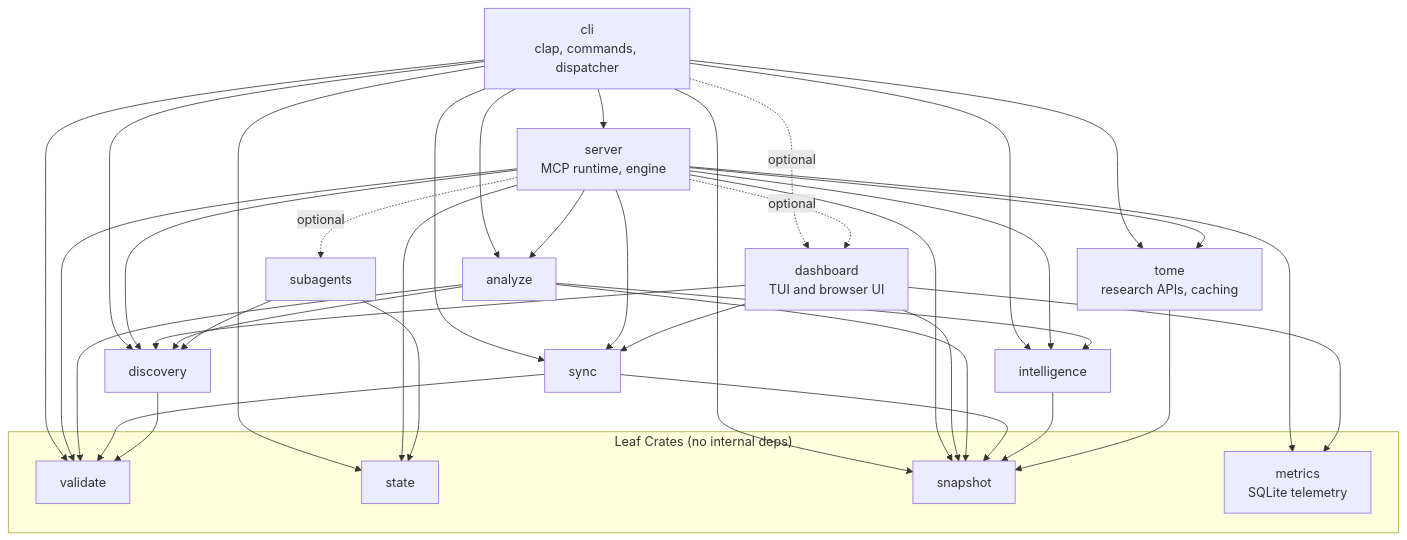
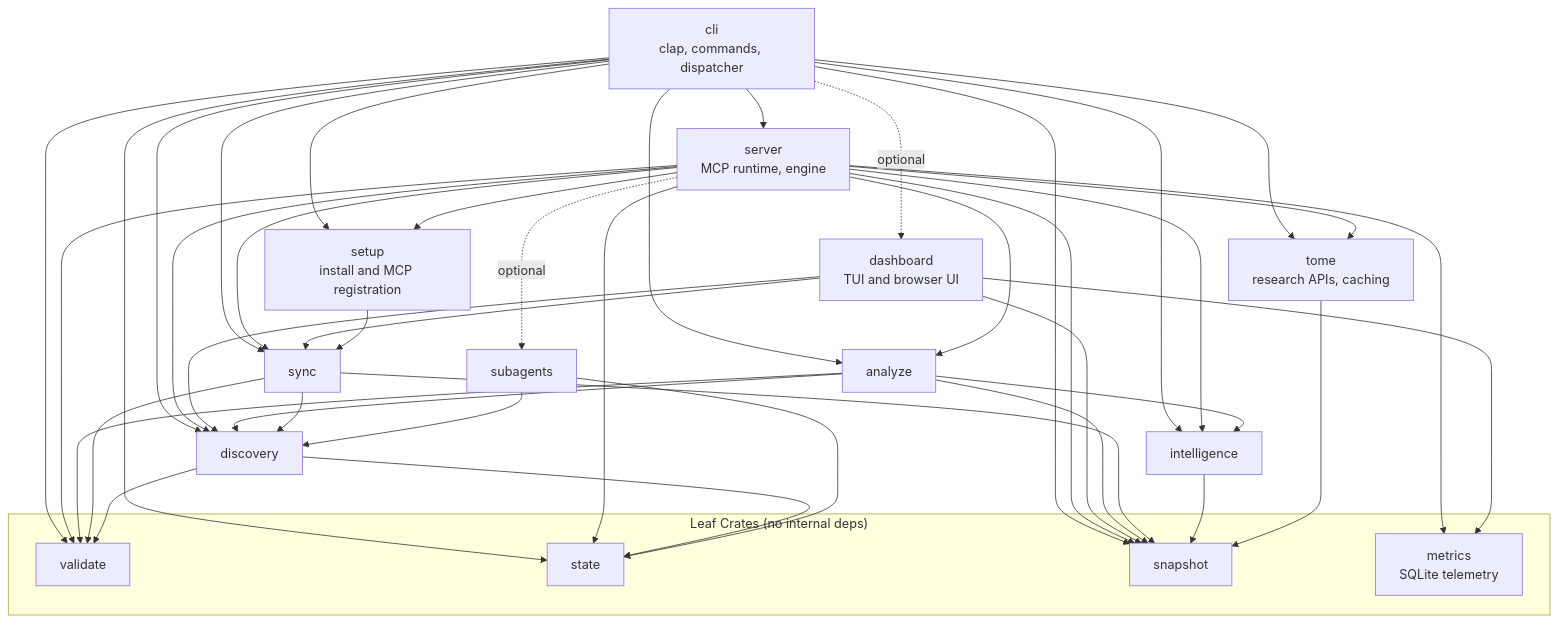
The second of 2 diagrams in docs/architecture.md (athola/skrills), drawn with Mermaid before and after one commit. The commit also changed other lines of this file and 314 other files, not shown here.

````diff
--- a/docs/architecture.md
+++ b/docs/architecture.md
@@ -25,31 +25,32 @@
 ```mermaid
 graph TD
     cli[cli<br/>clap, commands, dispatcher] --> server[server<br/>MCP runtime, engine]
-    cli --> sync & validate & analyze & intelligence
+    cli --> sync & validate & analyze & intelligence & setup
     cli --> tome & discovery & state & snapshot
-    cli -. optional .-> dashboard
+    cli -. optional .-> dashboard[dashboard<br/>TUI and browser UI]
     server --> sync[sync]
+    server --> setup[setup<br/>install and MCP registration]
     server --> validate[validate]
     server --> analyze[analyze]
     server --> intelligence[intelligence]
     server --> discovery[discovery]
     server --> metrics[metrics<br/>SQLite telemetry]
     server --> tome[tome<br/>research APIs, caching]
     server --> state & snapshot
     server -. optional .-> subagents[subagents]
-    server -. optional .-> dashboard[dashboard<br/>TUI and browser UI]
     dashboard --> metrics & discovery & sync & snapshot
     analyze --> validate & discovery & intelligence & snapshot
-    sync --> validate & snapshot
-    discovery --> validate
+    sync --> validate & discovery & snapshot
+    setup --> sync
+    discovery --> validate & state
     subagents --> discovery & state
     intelligence --> snapshot
     tome --> snapshot
 
     subgraph leaf["Leaf Crates (no internal deps)"]
         validate
         state[state]
         metrics
         snapshot[snapshot]
     end
 ```
````
